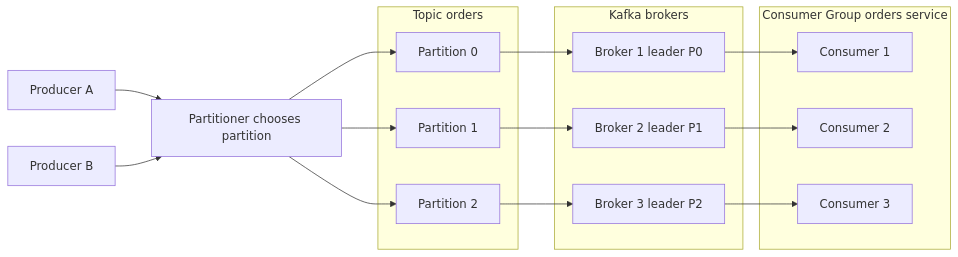
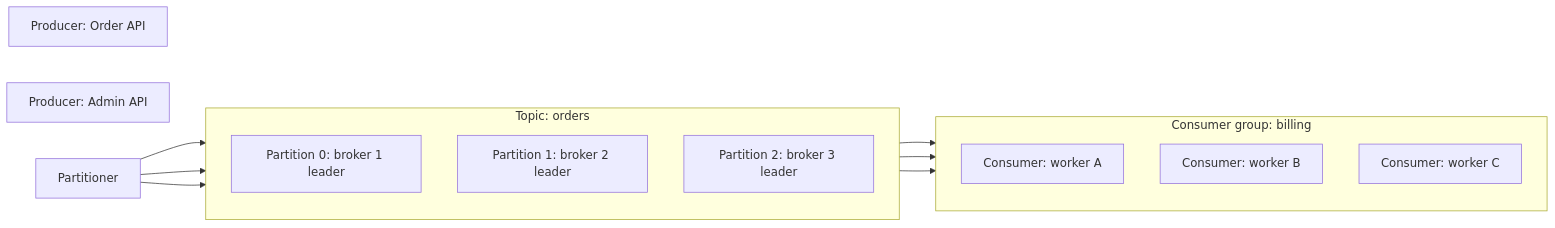
The diagram in Vault/Home/Software Architecture/Distributed Systems/Message Queues/Kafka.md (grafanaKibana/devbook.zip), drawn with Mermaid before and after one commit. The commit also changed 5 other files, not shown here.

````diff
--- a/Vault/Home/Software Architecture/Distributed Systems/Message Queues/Kafka.md
+++ b/Vault/Home/Software Architecture/Distributed Systems/Message Queues/Kafka.md
@@ -21,35 +21,27 @@
 ```mermaid
 flowchart LR
-    P1[Producer A] --> PR[Partitioner chooses partition]
-    P2[Producer B] --> PR
+    P1[Producer: Order API]
+    P2[Producer: Admin API]
+    PR[Partitioner]
 
-    subgraph Topic[Topic orders]
-      T1[Partition 0]
-      T2[Partition 1]
-      T3[Partition 2]
+    subgraph Topic[Topic: orders]
+      direction TB
+      T1[Partition 0: broker 1 leader]
+      T2[Partition 1: broker 2 leader]
+      T3[Partition 2: broker 3 leader]
+    end
+
+    subgraph CG[Consumer group: billing]
+      direction TB
+      C1[Consumer: worker A]
+      C2[Consumer: worker B]
+      C3[Consumer: worker C]
     end
 
     PR --> T1
     PR --> T2
     PR --> T3
-
-    subgraph BrokerCluster[Kafka brokers]
-      B1[Broker 1 leader P0]
-      B2[Broker 2 leader P1]
-      B3[Broker 3 leader P2]
-    end
-
-    T1 --> B1
-    T2 --> B2
-    T3 --> B3
-
-    subgraph CG[Consumer Group orders service]
-      C1[Consumer 1]
-      C2[Consumer 2]
-      C3[Consumer 3]
-    end
-
-    B1 --> C1
-    B2 --> C2
-    B3 --> C3
+    T1 --> C1
+    T2 --> C2
+    T3 --> C3
 ```
````
